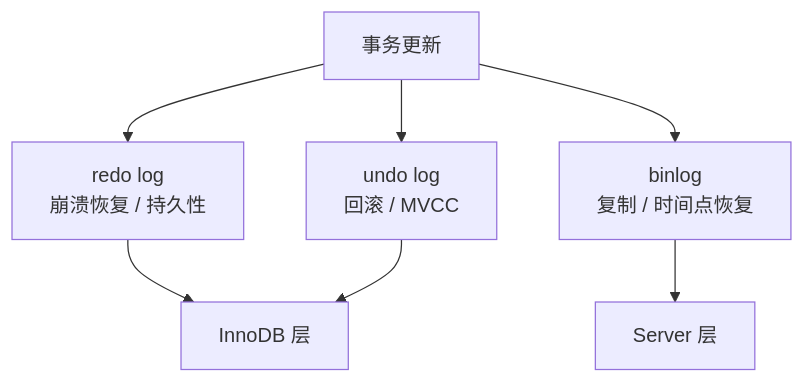
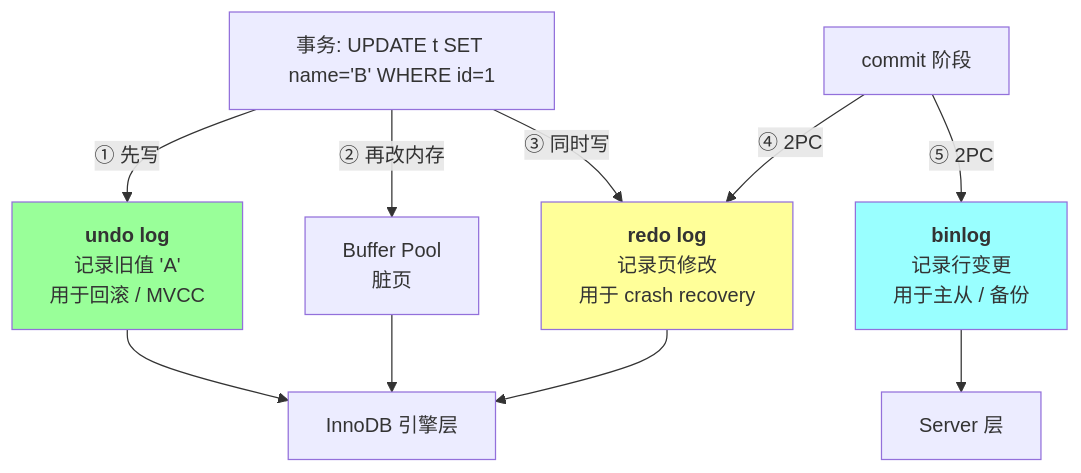
One commit to vaynedu/interview_note changed the first of 3 diagrams in 03-mysql/04-log.md. Above: the diagram before and after it, drawn with Mermaid. The commit also changed other lines of this file, not shown here.

Commit message:
mysql: 04-log 升级三类日志对比表（多维度 13 列：所属层 / ACID / 写入时机 / 写入方式 / 粒度 / 闪回支持 等）

````diff
--- a/03-mysql/04-log.md
+++ b/03-mysql/04-log.md
@@ -218,9 +245,21 @@
 ```mermaid
 flowchart TB
-    SQL["事务更新"] --> Undo["undo log<br/>回滚 / MVCC"]
-    SQL --> Redo["redo log<br/>崩溃恢复 / 持久性"]
-    SQL --> Binlog["binlog<br/>复制 / 时间点恢复"]
-    Redo --> Engine["InnoDB 层"]
-    Undo --> Engine
+    SQL["事务: UPDATE t SET name='B' WHERE id=1"]
+
+    SQL -->|① 先写| Undo["<b>undo log</b><br/>记录旧值 'A'<br/>用于回滚 / MVCC"]
+    SQL -->|② 再改内存| BP["Buffer Pool<br/>脏页"]
+    SQL -->|③ 同时写| Redo["<b>redo log</b><br/>记录页修改<br/>用于 crash recovery"]
+
+    Commit["commit 阶段"]
+    Commit -->|④ 2PC| Redo
+    Commit -->|⑤ 2PC| Binlog["<b>binlog</b><br/>记录行变更<br/>用于主从 / 备份"]
+
+    Undo --> Engine["InnoDB 引擎层"]
+    Redo --> Engine
+    BP --> Engine
     Binlog --> Server["Server 层"]
+
+    style Undo fill:#9f9
+    style Redo fill:#ff9
+    style Binlog fill:#9ff
 ```
````
